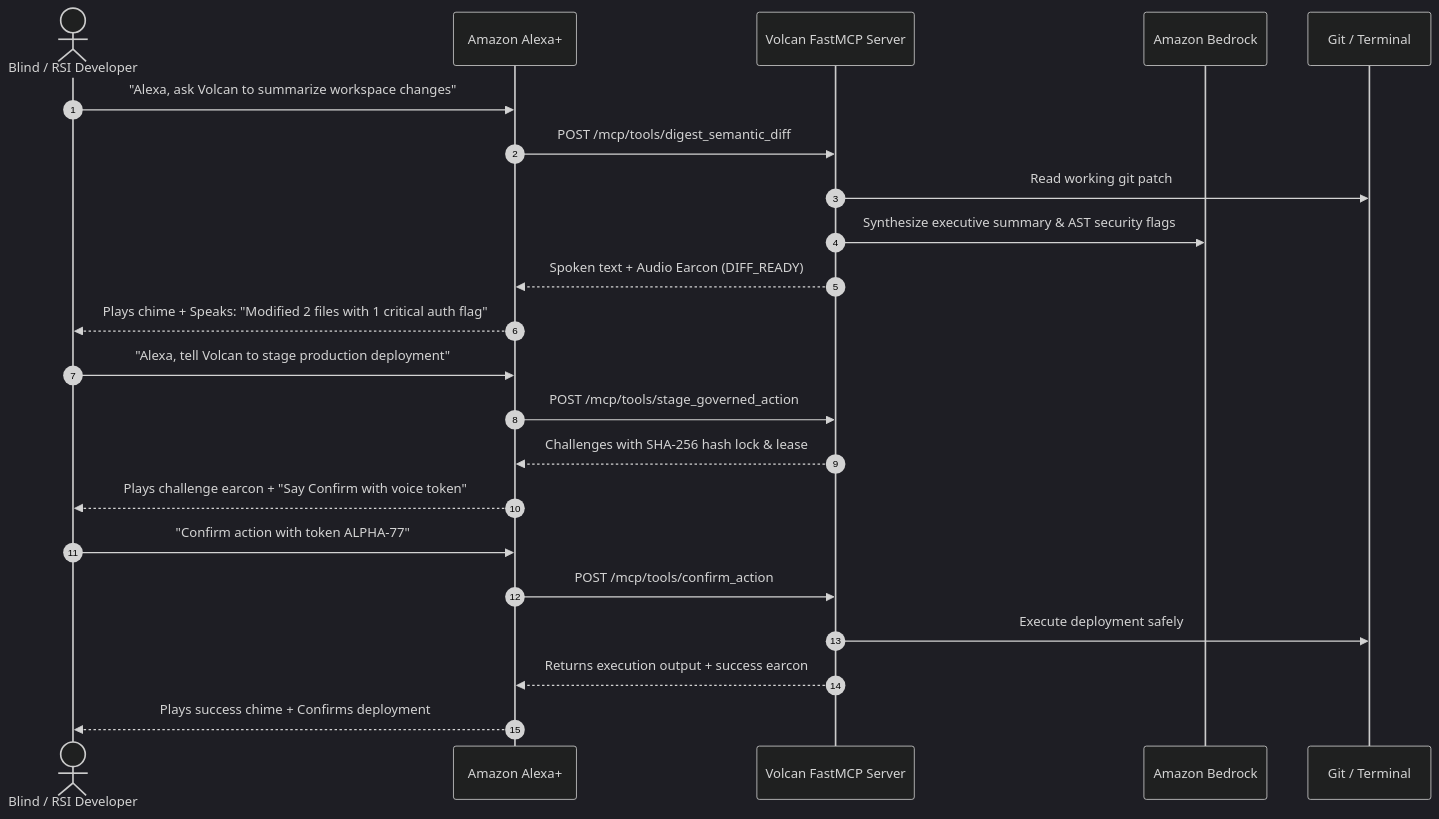
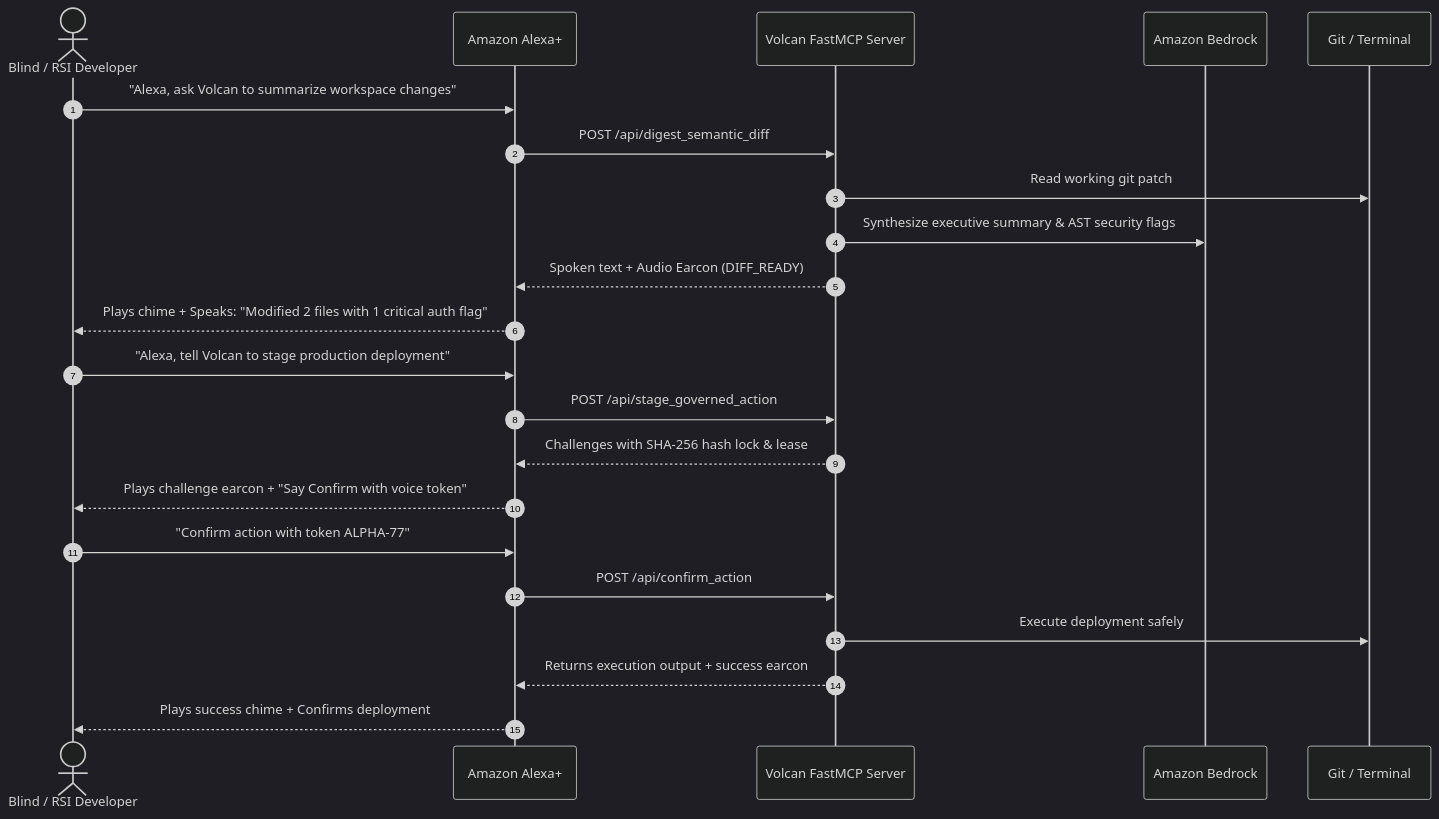
The second of 2 diagrams in README.md (upgradedev/volcan_amazon), drawn with Mermaid (dark theme) before and after one commit. The commit also changed 43 other files, not shown here.

````diff
--- a/README.md
+++ b/README.md
@@ -77,27 +77,27 @@
 ```mermaid
 sequenceDiagram
     autonumber
     actor Dev as Blind / RSI Developer
     participant Alexa as Amazon Alexa+
     participant MCP as Volcan FastMCP Server
     participant Bedrock as Amazon Bedrock
     participant Git as Git / Terminal
 
     Dev->>Alexa: "Alexa, ask Volcan to summarize workspace changes"
-    Alexa->>MCP: POST /mcp/tools/digest_semantic_diff
+    Alexa->>MCP: POST /api/digest_semantic_diff
     MCP->>Git: Read working git patch
     MCP->>Bedrock: Synthesize executive summary & AST security flags
     MCP-->>Alexa: Spoken text + Audio Earcon (DIFF_READY)
     Alexa-->>Dev: Plays chime + Speaks: "Modified 2 files with 1 critical auth flag"
 
     Dev->>Alexa: "Alexa, tell Volcan to stage production deployment"
-    Alexa->>MCP: POST /mcp/tools/stage_governed_action
+    Alexa->>MCP: POST /api/stage_governed_action
     MCP-->>Alexa: Challenges with SHA-256 hash lock & lease
     Alexa-->>Dev: Plays challenge earcon + "Say Confirm with voice token"
 
     Dev->>Alexa: "Confirm action with token ALPHA-77"
-    Alexa->>MCP: POST /mcp/tools/confirm_action
+    Alexa->>MCP: POST /api/confirm_action
     MCP->>Git: Execute deployment safely
     MCP-->>Alexa: Returns execution output + success earcon
     Alexa-->>Dev: Plays success chime + Confirms deployment
 ```
````
